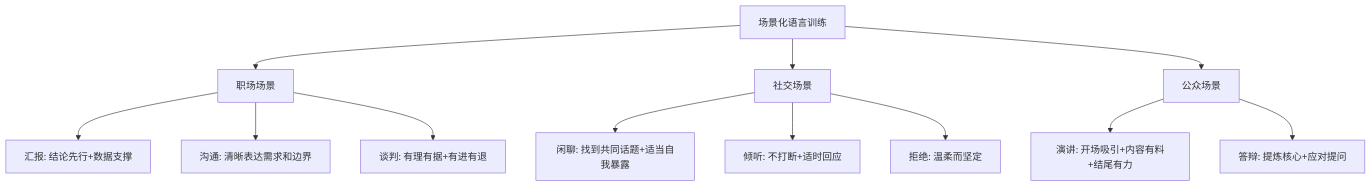
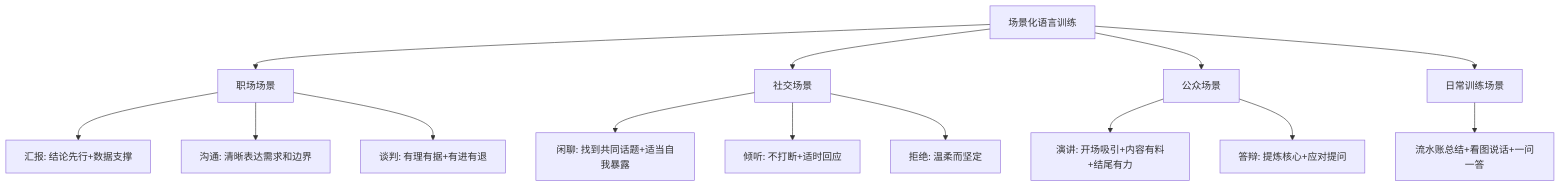
Before and after one commit to chongyang211/YCBookBlog: the tenth of 11 diagrams in 10.打工充平常记录/10.自我精进七课/06.语言沟通的演进/6.1语言底蕴的提升.md, drawn with Mermaid. The commit also changed other lines of this file and 4 other files, not shown here.

````diff
--- a/10.打工充平常记录/10.自我精进七课/06.语言沟通的演进/6.1语言底蕴的提升.md
+++ b/10.打工充平常记录/10.自我精进七课/06.语言沟通的演进/6.1语言底蕴的提升.md
@@ -345,14 +367,16 @@
 ```mermaid
 graph TD
     A[场景化语言训练] --> B[职场场景]
     A --> C[社交场景]
     A --> D[公众场景]
+    A --> E[日常训练场景]
     B --> B1[汇报: 结论先行+数据支撑]
     B --> B2[沟通: 清晰表达需求和边界]
     B --> B3[谈判: 有理有据+有进有退]
     C --> C1[闲聊: 找到共同话题+适当自我暴露]
     C --> C2[倾听: 不打断+适时回应]
     C --> C3[拒绝: 温柔而坚定]
     D --> D1[演讲: 开场吸引+内容有料+结尾有力]
     D --> D2[答辩: 提炼核心+应对提问]
+    E --> E1[流水账总结+看图说话+一问一答]
 ```
````
